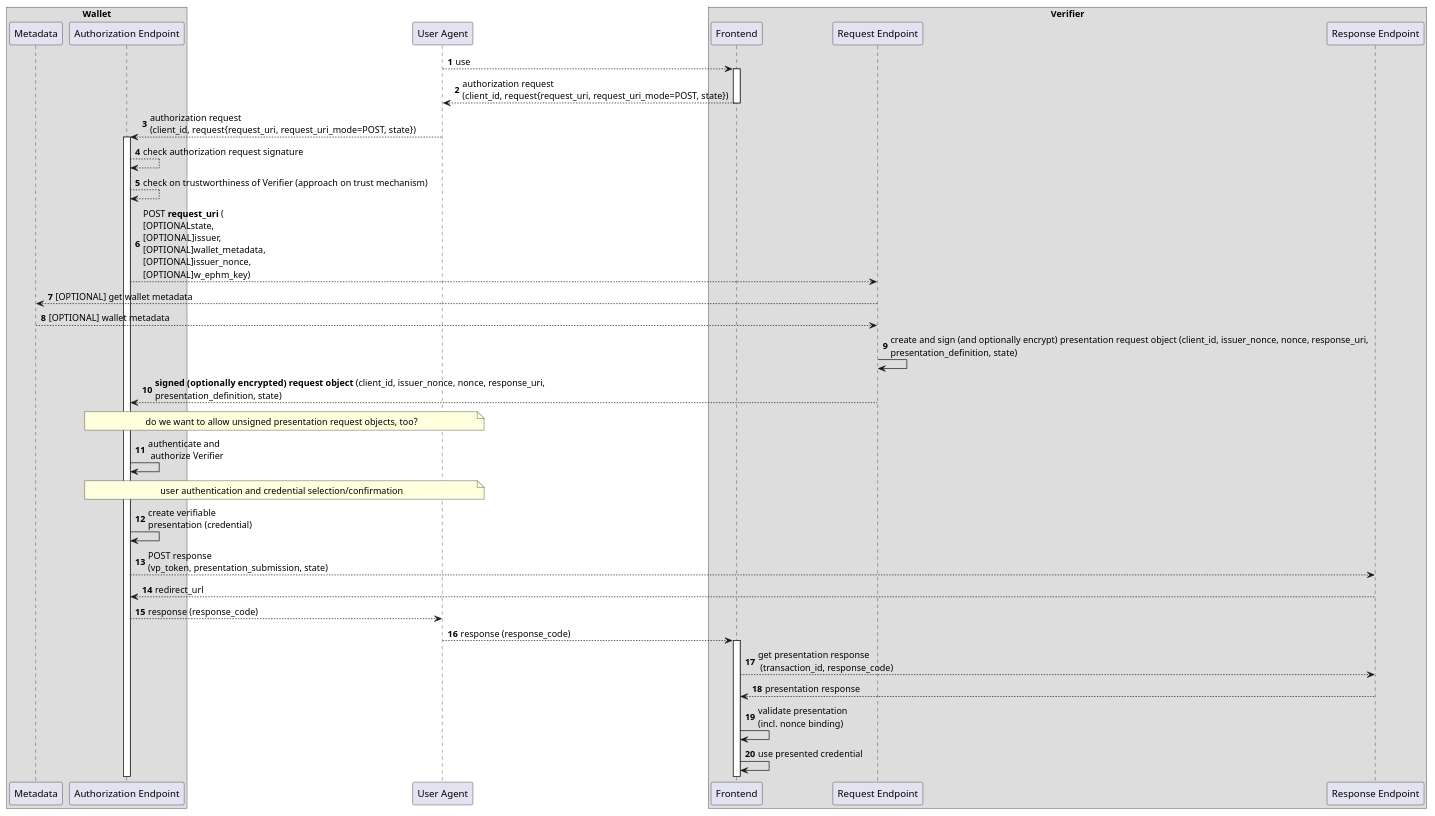
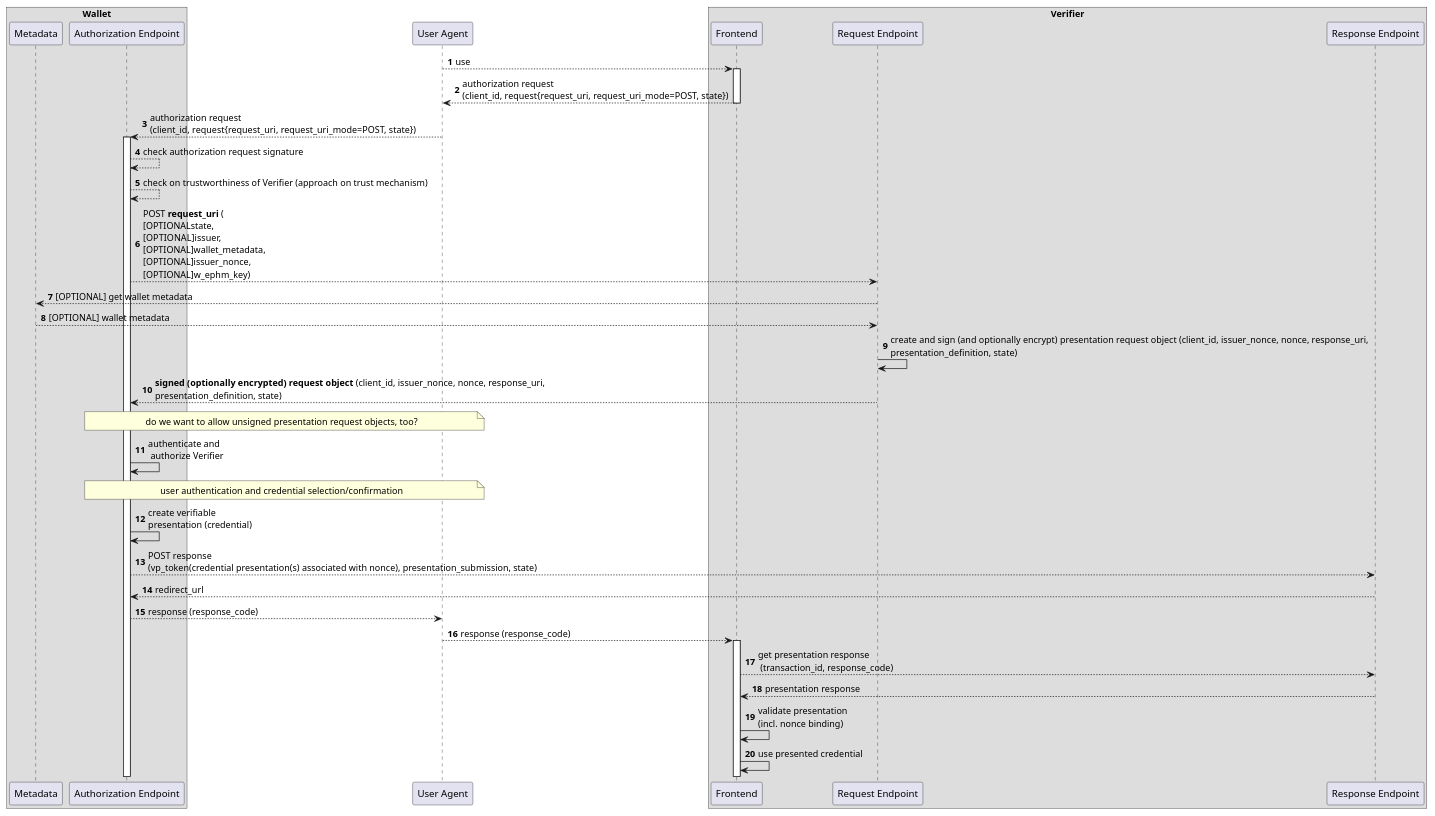
One commit to openid/OpenID4VP changed the diagram in diagrams/request_uri_mode_create.md. Above: the diagram before and after it, drawn with PlantUML.

Commit message:
note on nonce binding of vp_token content

````diff
--- a/diagrams/request_uri_mode_create.md
+++ b/diagrams/request_uri_mode_create.md
@@ -1,49 +1,49 @@
 ```plantuml
 @startuml
 
 autonumber
 
 box "Wallet"
 participant "Metadata" as wm
 participant "Authorization Endpoint" as w
 end box
 
 participant "User Agent" as u
 
 box "Verifier"
 participant "Frontend" as r
 participant "Request Endpoint" as rp
 participant "Response Endpoint" as rb
 end box
 
 u --> r : use
 activate r
 
 r --> u: authorization request\n(client_id, request{request_uri, request_uri_mode=POST, state})
 deactivate r
 u --> w: authorization request\n(client_id, request{request_uri, request_uri_mode=POST, state})
 activate w
 w --> w: check authorization request signature
 w --> w: check on trustworthiness of Verifier (approach on trust mechanism)
 w --> rp: POST **request_uri** (\n[OPTIONALstate,\n[OPTIONAL]issuer, \n[OPTIONAL]wallet_metadata, \n[OPTIONAL]issuer_nonce, \n[OPTIONAL]w_ephm_key)
 rp --> wm: [OPTIONAL] get wallet metadata
 wm --> rp: [OPTIONAL] wallet metadata
 rp -> rp: create and sign (and optionally encrypt) presentation request object (client_id, issuer_nonce, nonce, response_uri, \npresentation_definition, state)
 rp --> w: **signed (optionally encrypted) request object** (client_id, issuer_nonce, nonce, response_uri, \npresentation_definition, state)
 note over u, w: do we want to allow unsigned presentation request objects, too?
 w -> w: authenticate and\n authorize Verifier
 
 note over u, w: user authentication and credential selection/confirmation
 
 w -> w: create verifiable\npresentation (credential)
-w --> rb: POST response \n(vp_token, presentation_submission, state)
+w --> rb: POST response \n(vp_token(credential presentation(s) associated with nonce), presentation_submission, state)
 rb --> w: redirect_url
 w --> u: response (response_code)
 u --> r: response (response_code)
 activate r
 r --> rb: get presentation response\n (transaction_id, response_code)
 rb --> r: presentation response
 r -> r: validate presentation \n(incl. nonce binding)
 r -> r: use presented credential 
 @enduml
 ```
````
